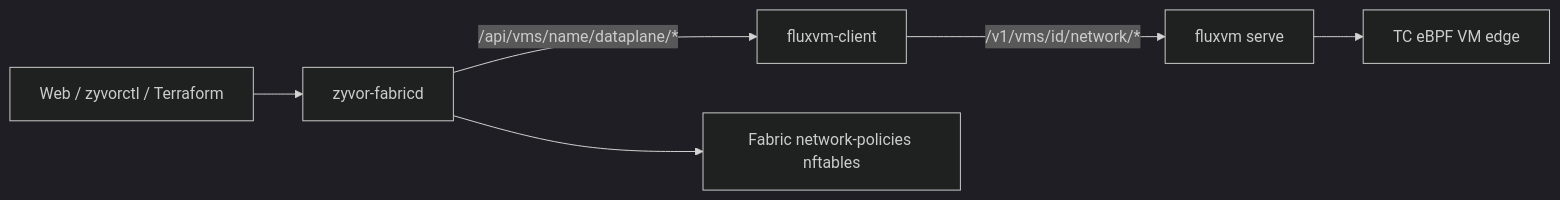
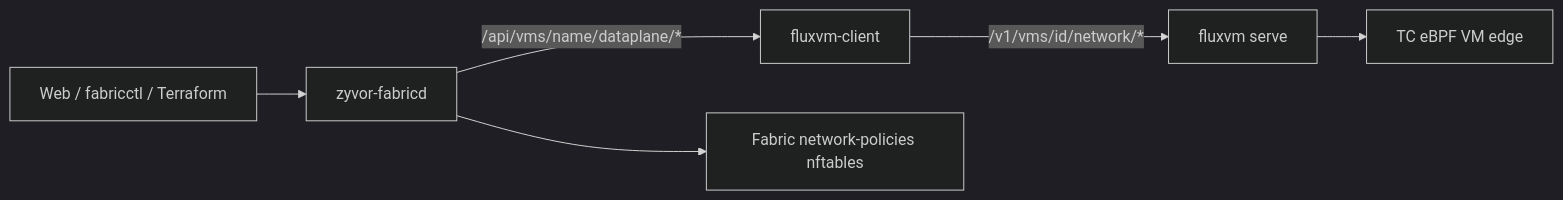
Before and after one commit to zyvorai/fabric: the first of 8 diagrams in docs/network-fabric-architecture.md, drawn with Mermaid (dark theme). The commit also changed other lines of this file and 104 other files, not shown here.

First line of the commit message:
Rename the zyvorctl CLI to fabricctl

````diff
--- a/docs/network-fabric-architecture.md
+++ b/docs/network-fabric-architecture.md
@@ -15,15 +15,15 @@
 ```mermaid
 flowchart LR
-  UI[Web / zyvorctl / Terraform]
+  UI[Web / fabricctl / Terraform]
   Fabricd[zyvor-fabricd]
   Client[fluxvm-client]
   FluxVM["fluxvm serve"]
   TC[TC eBPF VM edge]
   SDN[Fabric network-policies nftables]
 
   UI --> Fabricd
   Fabricd -->|"/api/vms/name/dataplane/*"| Client
   Client -->|"/v1/vms/id/network/*"| FluxVM
   FluxVM --> TC
   Fabricd --> SDN
 ```
````
